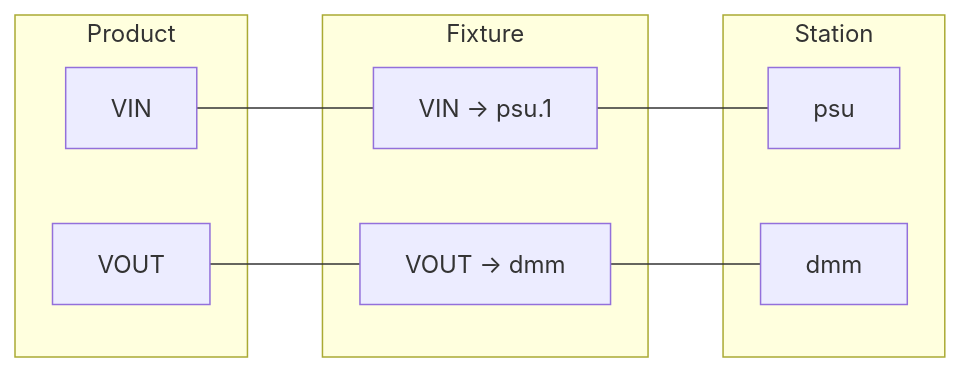
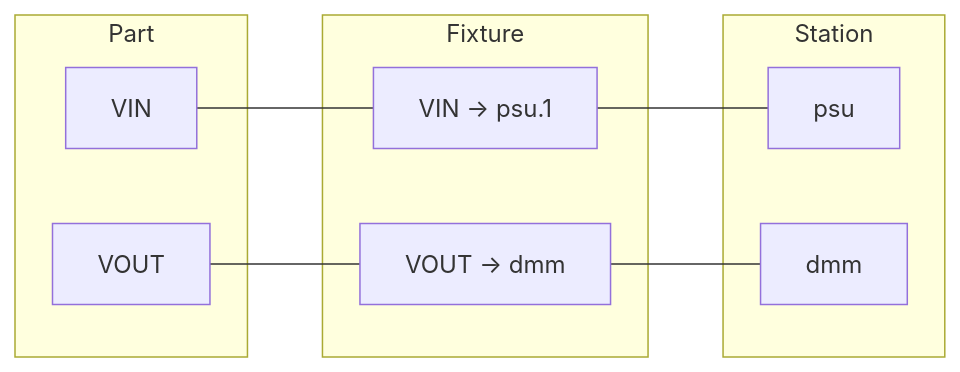
The diagram in docs/concepts/configuration/fixtures.md (pragmatest-dev/testerkit), drawn with Mermaid before and after one commit. The commit also changed other lines of this file and 246 other files, not shown here.

First line of the commit message:
refactor: rename product -> part across the codebase (#258)

````diff
--- a/docs/concepts/configuration/fixtures.md
+++ b/docs/concepts/configuration/fixtures.md
@@ -15,23 +15,23 @@
 ```mermaid
 %%{init: {'flowchart': {'curve': 'stepBefore'}}}%%
 flowchart LR
-    subgraph Product
+    subgraph Part
         VIN[VIN]
         VOUT[VOUT]
     end
 
     subgraph Fixture
         F_VIN["VIN → psu.1"]
         F_VOUT["VOUT → dmm"]
     end
 
     subgraph Station
         PSU[psu]
         DMM[dmm]
     end
 
     VIN --- F_VIN
     VOUT --- F_VOUT
     F_VIN --- PSU
     F_VOUT --- DMM
 ```
````
